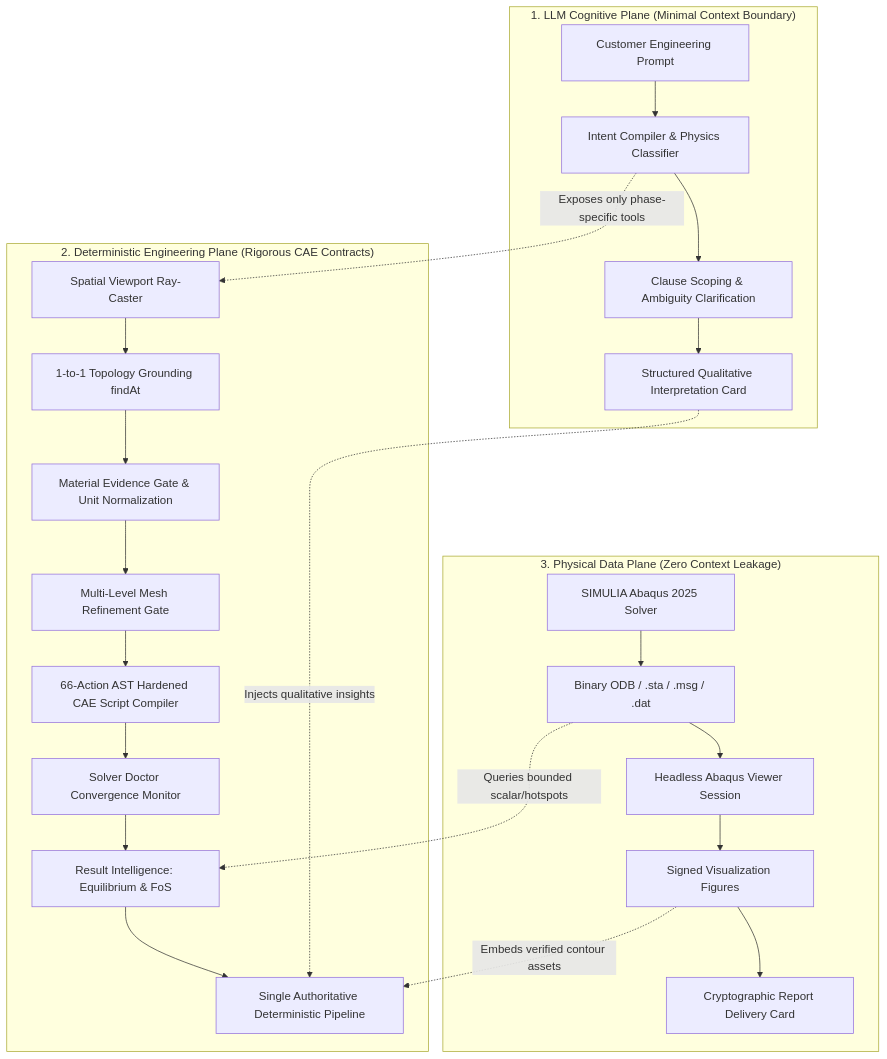
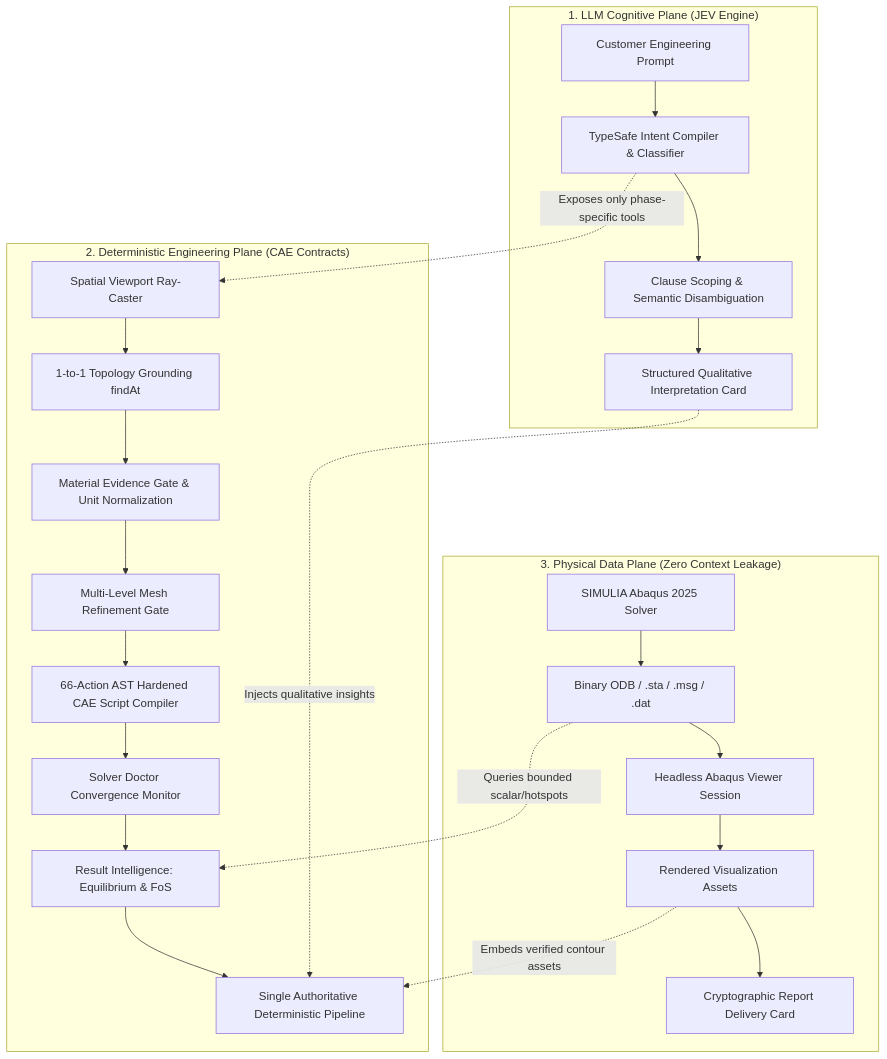
Before and after one commit to chenlei-gh/Abaqus-AI-Agent: the third of 3 diagrams in README.md, drawn with Mermaid. The commit also changed other lines of this file and 1 other file, not shown here.

First line of the commit message:
Elevate JEV cognitive architecture in documentation

````diff
--- a/README.md
+++ b/README.md
@@ -67,30 +116,30 @@
 ```mermaid
 flowchart TD
-    subgraph Cognitive_Plane["1. LLM Cognitive Plane (Minimal Context Boundary)"]
-        A[Customer Engineering Prompt] --> B[Intent Compiler & Physics Classifier]
-        B --> C[Clause Scoping & Ambiguity Clarification]
+    subgraph Cognitive_Plane["1. LLM Cognitive Plane (JEV Engine)"]
+        A[Customer Engineering Prompt] --> B[TypeSafe Intent Compiler & Classifier]
+        B --> C[Clause Scoping & Semantic Disambiguation]
         C --> D[Structured Qualitative Interpretation Card]
     end
 
-    subgraph Engineering_Plane["2. Deterministic Engineering Plane (Rigorous CAE Contracts)"]
+    subgraph Engineering_Plane["2. Deterministic Engineering Plane (CAE Contracts)"]
         E[Spatial Viewport Ray-Caster] --> F[1-to-1 Topology Grounding findAt]
         F --> G[Material Evidence Gate & Unit Normalization]
         G --> H[Multi-Level Mesh Refinement Gate]
         H --> I[66-Action AST Hardened CAE Script Compiler]
         I --> J[Solver Doctor Convergence Monitor]
         J --> K[Result Intelligence: Equilibrium & FoS]
         K --> L[Single Authoritative Deterministic Pipeline]
     end
 
     subgraph Data_Plane["3. Physical Data Plane (Zero Context Leakage)"]
         M[SIMULIA Abaqus 2025 Solver] --> N[Binary ODB / .sta / .msg / .dat]
         N --> O[Headless Abaqus Viewer Session]
-        O --> P[Signed Visualization Figures]
+        O --> P[Rendered Visualization Assets]
         P --> Q[Cryptographic Report Delivery Card]
     end
 
     B -.->|Exposes only phase-specific tools| E
     D -.->|Injects qualitative insights| L
     N -.->|Queries bounded scalar/hotspots| K
     P -.->|Embeds verified contour assets| L
 ```
````
